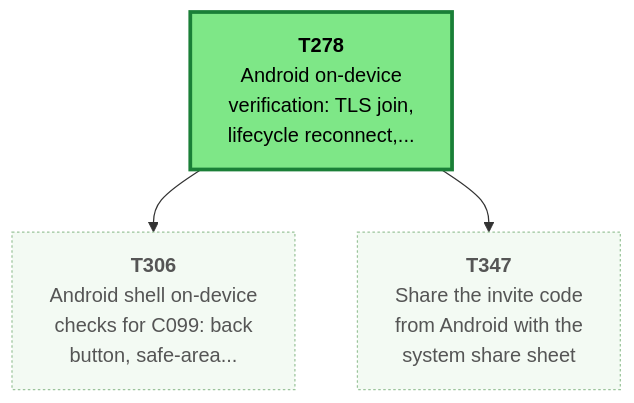
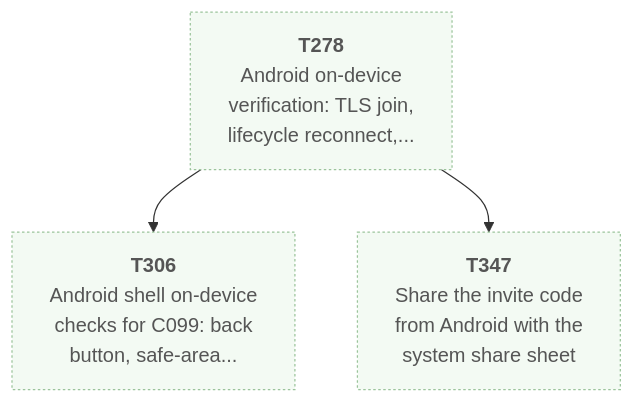
The first of 4 diagrams in csharp/migration/DEPENDENCY_MAP.md (Kenmura/UncivSharp), drawn with Mermaid before and after one commit. The commit also changed other lines of this file and 5 other files, not shown here.

````diff
--- a/csharp/migration/DEPENDENCY_MAP.md
+++ b/csharp/migration/DEPENDENCY_MAP.md
@@ -54,18 +53,18 @@
 ```mermaid
 flowchart TD
   T278["<b>T278</b><br/>Android on-device<br/>verification: TLS join,<br/>lifecycle reconnect,..."]
   T306["<b>T306</b><br/>Android shell on-device<br/>checks for C099: back<br/>button, safe-area..."]
   T347["<b>T347</b><br/>Share the invite code<br/>from Android with the<br/>system share sheet"]
   T278 --> T306
   T278 --> T347
   classDef waiting fill:#f3faf3,stroke:#9bc49b,color:#555,stroke-dasharray:2 2
   classDef ondeck fill:#ffe8cc,stroke:#e8590c,stroke-width:3px,color:#000
   classDef ready fill:#7ee787,stroke:#1a7f37,stroke-width:3px,color:#000
   classDef prog fill:#fff3b0,stroke:#b58900,color:#000
   classDef review fill:#cfe4ff,stroke:#1f6feb,color:#000
   classDef blocked fill:#ffd6d6,stroke:#c62828,color:#000
   classDef done fill:#eeeeee,stroke:#999999,color:#666,stroke-dasharray:4 3
-  class T278 ready
+  class T278 waiting
   class T306 waiting
   class T347 waiting
 ```
````
